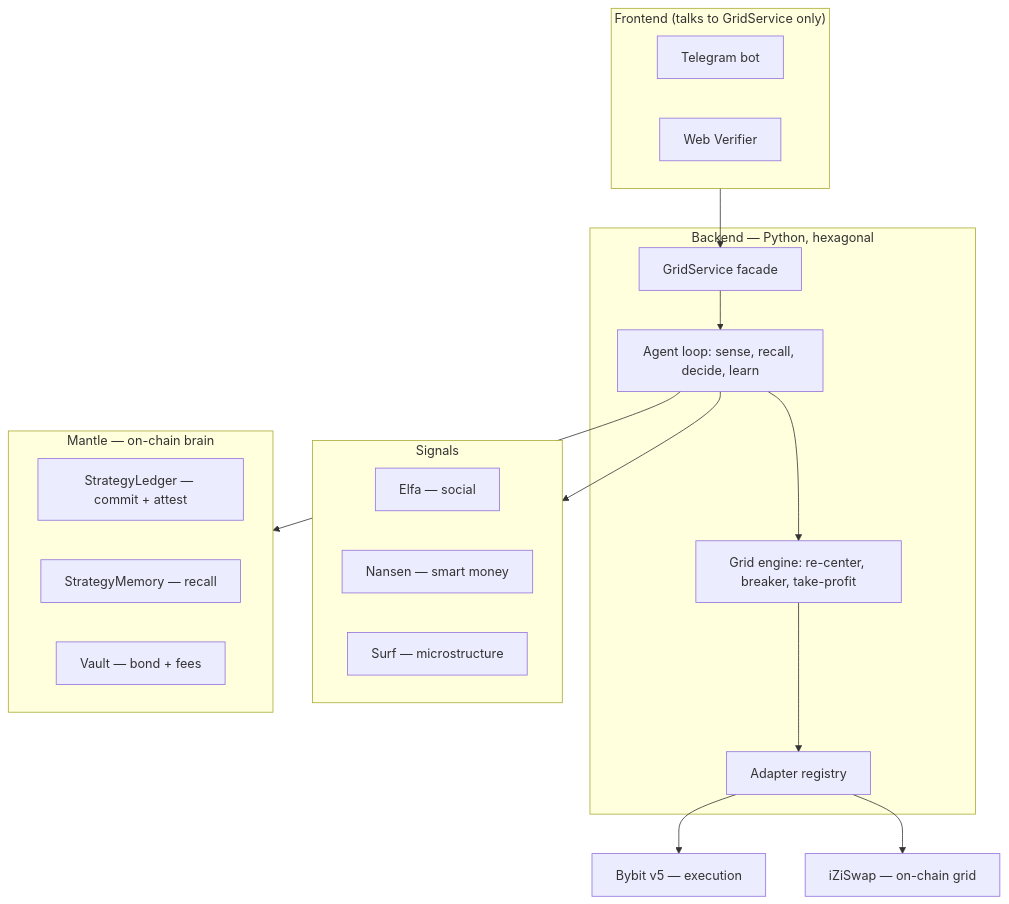
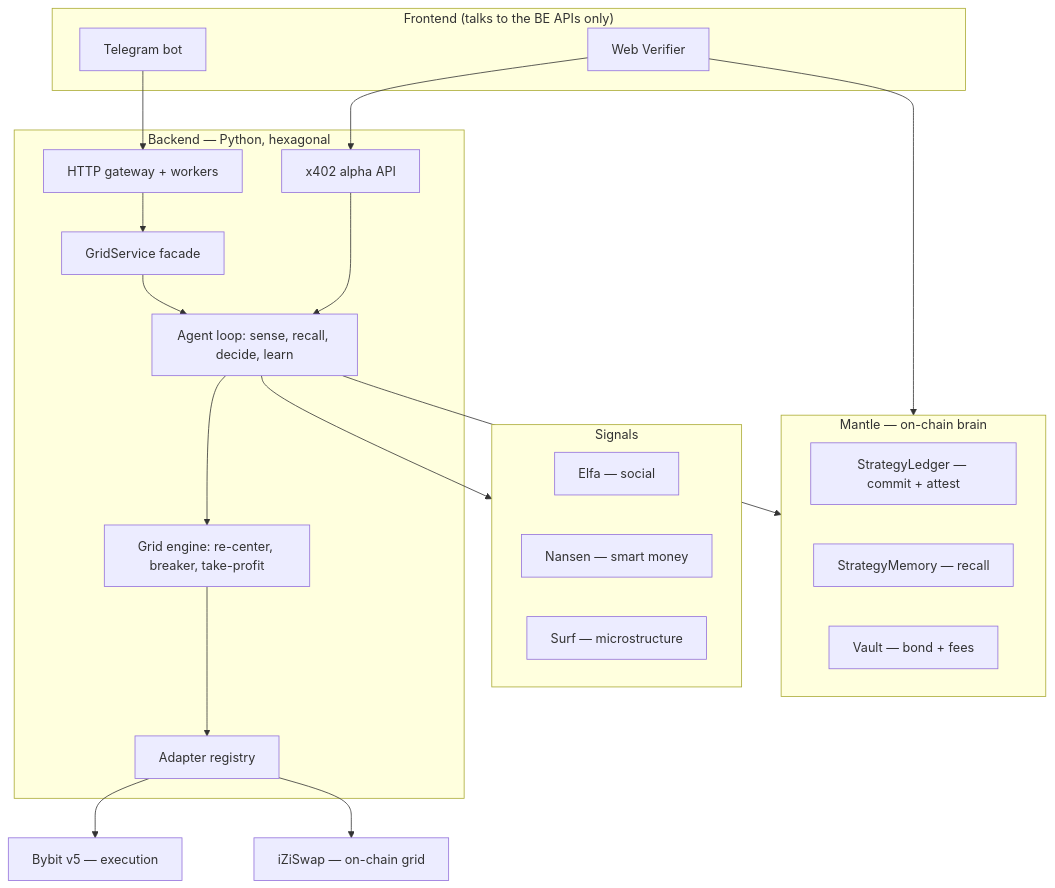
One commit to yeheskieltame/perps-agent changed the diagram in README.md. Above: the diagram before and after it, drawn with Mermaid. The commit also changed other lines of this file and 4 other files, not shown here.

````diff
--- a/README.md
+++ b/README.md
@@ -10,29 +28,34 @@
 ```mermaid
 flowchart TB
-  subgraph FE["Frontend (talks to GridService only)"]
+  subgraph FE["Frontend (talks to the BE APIs only)"]
     TG[Telegram bot]
     WEB[Web Verifier]
   end
   subgraph BE["Backend — Python, hexagonal"]
+    GW[HTTP gateway + workers]
     SVC[GridService facade]
+    ALPHA[x402 alpha API]
     AGENT["Agent loop: sense, recall, decide, learn"]
     ENG["Grid engine: re-center, breaker, take-profit"]
     REG[Adapter registry]
-    SVC --> AGENT --> ENG --> REG
+    GW --> SVC --> AGENT --> ENG --> REG
   end
   subgraph SIG[Signals]
     ELFA[Elfa — social]
     NANSEN[Nansen — smart money]
     SURF[Surf — microstructure]
   end
   subgraph CHAIN["Mantle — on-chain brain"]
     LEDGER[StrategyLedger — commit + attest]
     MEM[StrategyMemory — recall]
     VAULT[Vault — bond + fees]
   end
-  FE --> SVC
+  TG --> GW
+  WEB --> ALPHA
+  WEB --> CHAIN
   AGENT --> SIG
   AGENT --> CHAIN
+  ALPHA --> AGENT
   REG --> BYBIT[Bybit v5 — execution]
   REG --> DEX[iZiSwap — on-chain grid]
 ```
````
